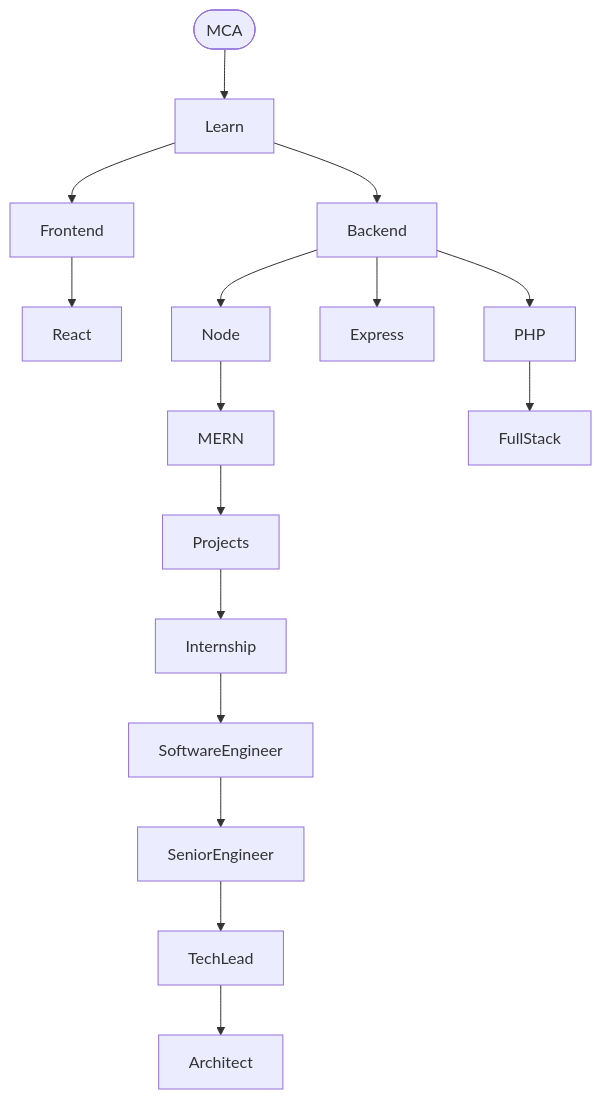
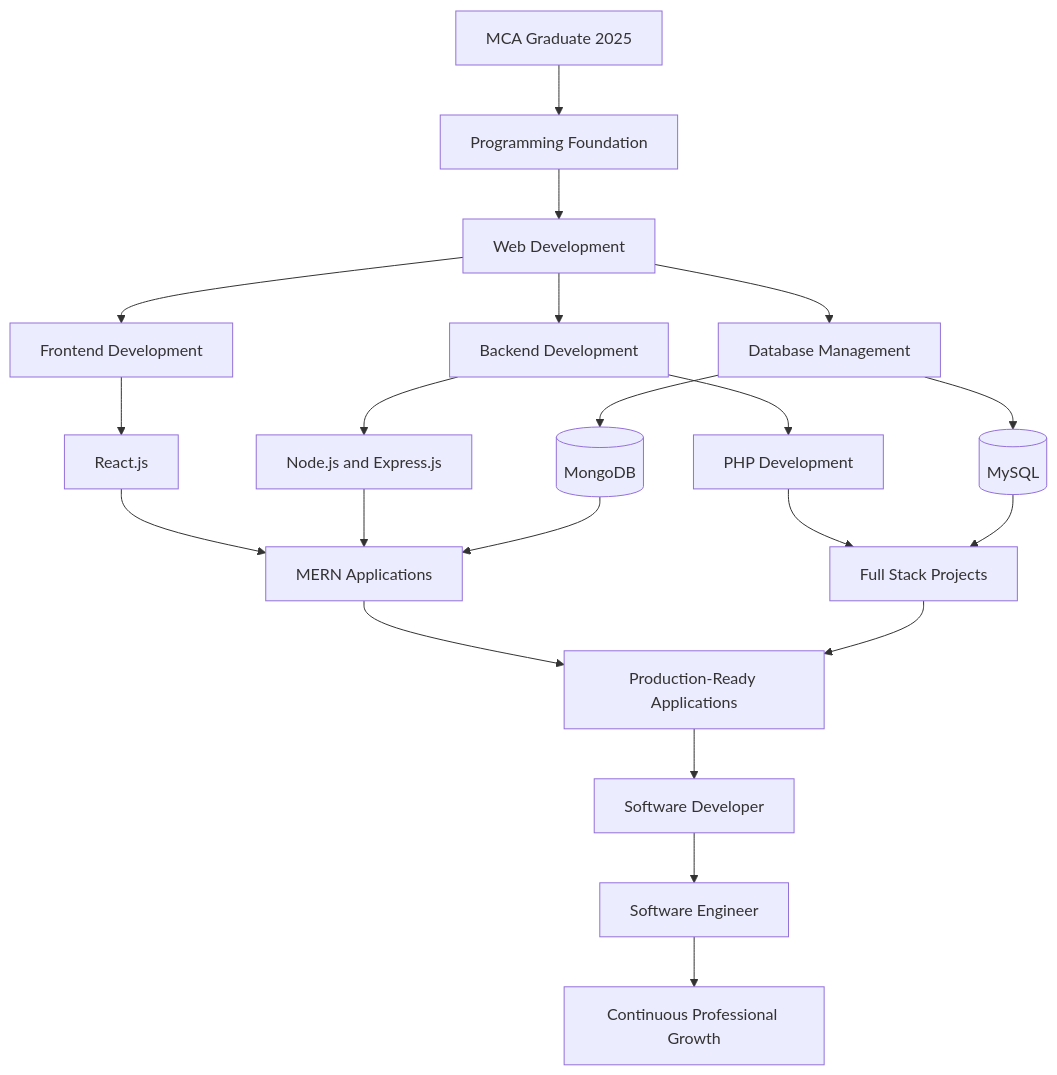
One commit to Ravneet-project/Ravneet-project changed the eighth of 10 diagrams in README.md. Above: the diagram before and after it, drawn with Mermaid. The commit also changed other lines of this file, not shown here.

````diff
--- a/README.md
+++ b/README.md
@@ -274,35 +451,31 @@
 ```mermaid
 flowchart TD
 
-Start([MCA])
+    MCA[MCA Graduate 2025]
+    --> Foundation[Programming Foundation]
+    --> Web[Web Development]
 
-Start --> Learn
+    Web --> Frontend[Frontend Development]
+    Web --> Backend[Backend Development]
+    Web --> Database[Database Management]
 
-Learn --> Frontend
+    Frontend --> React[React.js]
+    Backend --> Node[Node.js and Express.js]
+    Backend --> PHP[PHP Development]
+    Database --> MongoDB[(MongoDB)]
+    Database --> MySQL[(MySQL)]
 
-Learn --> Backend
+    React --> MERN[MERN Applications]
+    Node --> MERN
+    MongoDB --> MERN
 
-Frontend --> React
+    PHP --> FullStack[Full Stack Projects]
+    MySQL --> FullStack
 
-Backend --> Node
+    MERN --> Production[Production-Ready Applications]
+    FullStack --> Production
 
-Backend --> Express
-
-Backend --> PHP
-
-Node --> MERN
-
-PHP --> FullStack
-
-MERN --> Projects
-
-Projects --> Internship
-
-Internship --> SoftwareEngineer
-
-SoftwareEngineer --> SeniorEngineer
-
-SeniorEngineer --> TechLead
-
-TechLead --> Architect
+    Production --> Developer[Software Developer]
+    Developer --> Engineer[Software Engineer]
+    Engineer --> Growth[Continuous Professional Growth]
 ```
````
